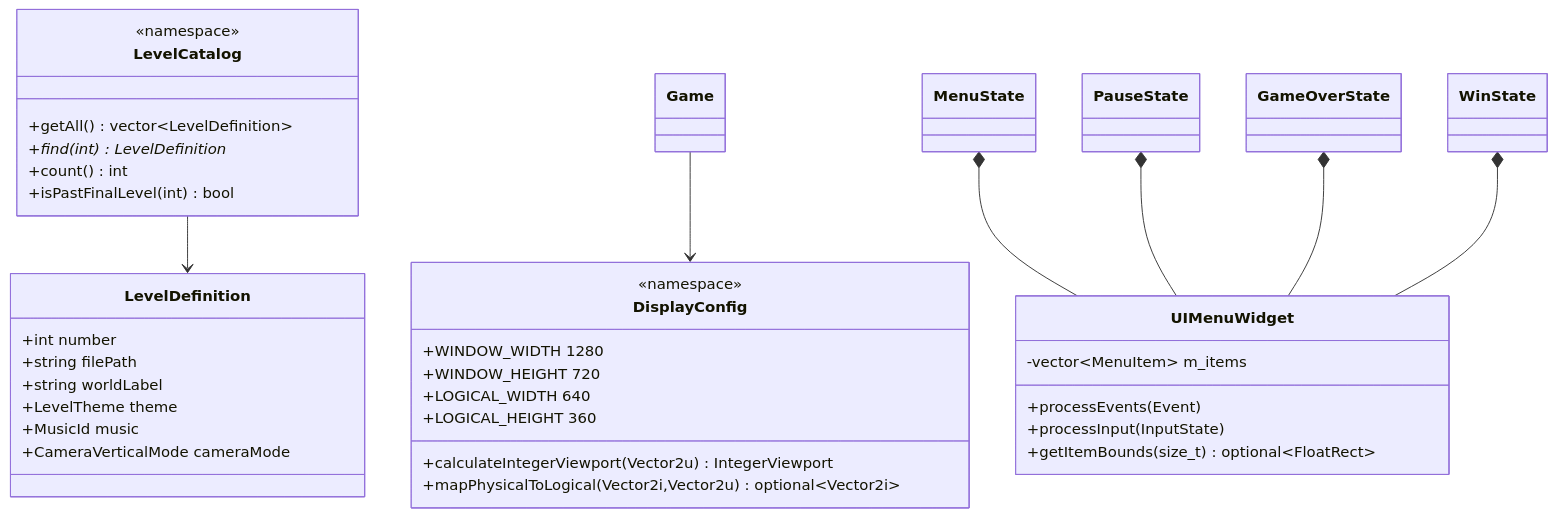
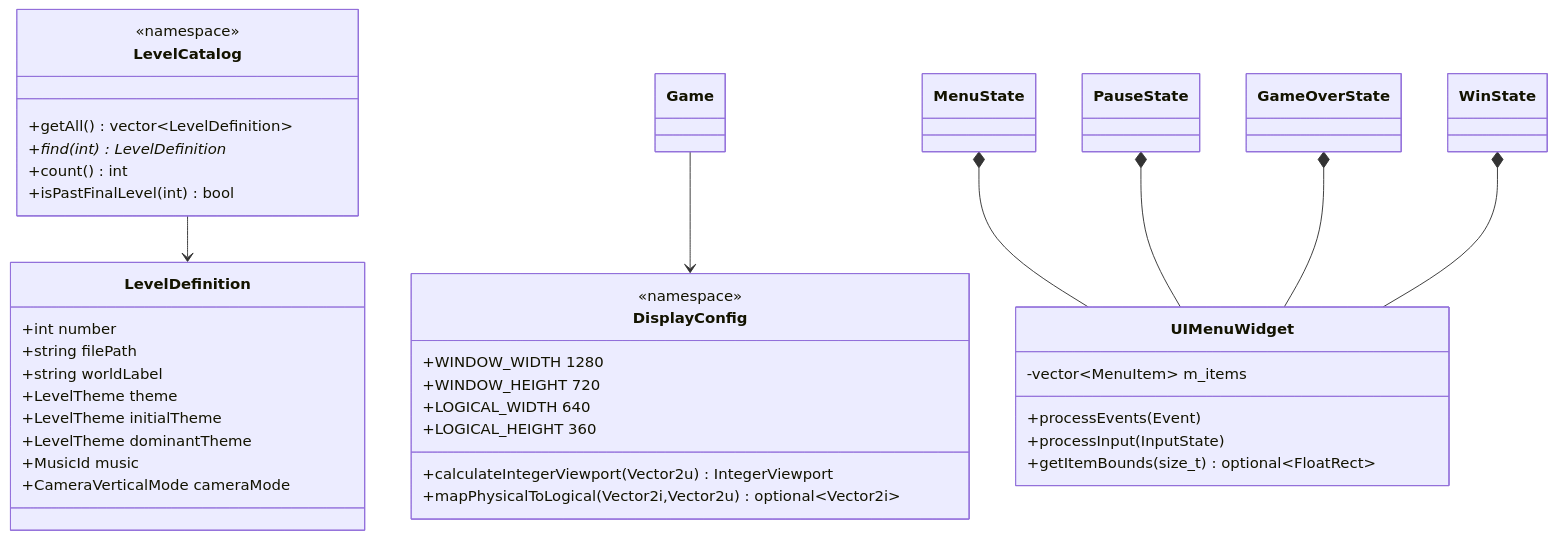
One commit to baoduong2342007/CS202-Group04-FinalProject changed the third of 4 diagrams in docs/class_diagram.md. Above: the diagram before and after it, drawn with Mermaid. The commit also changed other lines of this file and 15 other files, not shown here.

````diff
--- a/docs/class_diagram.md
+++ b/docs/class_diagram.md
@@ -196,39 +227,41 @@
 ```mermaid
 classDiagram
     class LevelDefinition {
         +int number
         +string filePath
         +string worldLabel
         +LevelTheme theme
+        +LevelTheme initialTheme
+        +LevelTheme dominantTheme
         +MusicId music
         +CameraVerticalMode cameraMode
     }
     class LevelCatalog {
         <<namespace>>
         +getAll() vector~LevelDefinition~
         +find(int) LevelDefinition*
         +count() int
         +isPastFinalLevel(int) bool
     }
     class DisplayConfig {
         <<namespace>>
         +WINDOW_WIDTH 1280
         +WINDOW_HEIGHT 720
         +LOGICAL_WIDTH 640
         +LOGICAL_HEIGHT 360
         +calculateIntegerViewport(Vector2u) IntegerViewport
         +mapPhysicalToLogical(Vector2i,Vector2u) optional~Vector2i~
     }
     class UIMenuWidget {
         -vector~MenuItem~ m_items
         +processEvents(Event)
         +processInput(InputState)
         +getItemBounds(size_t) optional~FloatRect~
     }
     LevelCatalog --> LevelDefinition
     Game --> DisplayConfig
     MenuState *-- UIMenuWidget
     PauseState *-- UIMenuWidget
     GameOverState *-- UIMenuWidget
     WinState *-- UIMenuWidget
 ```
````
